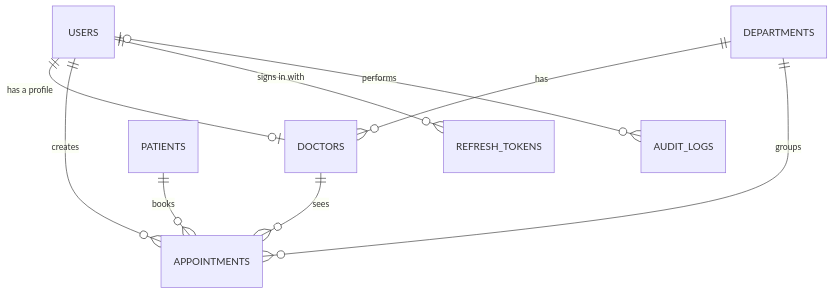
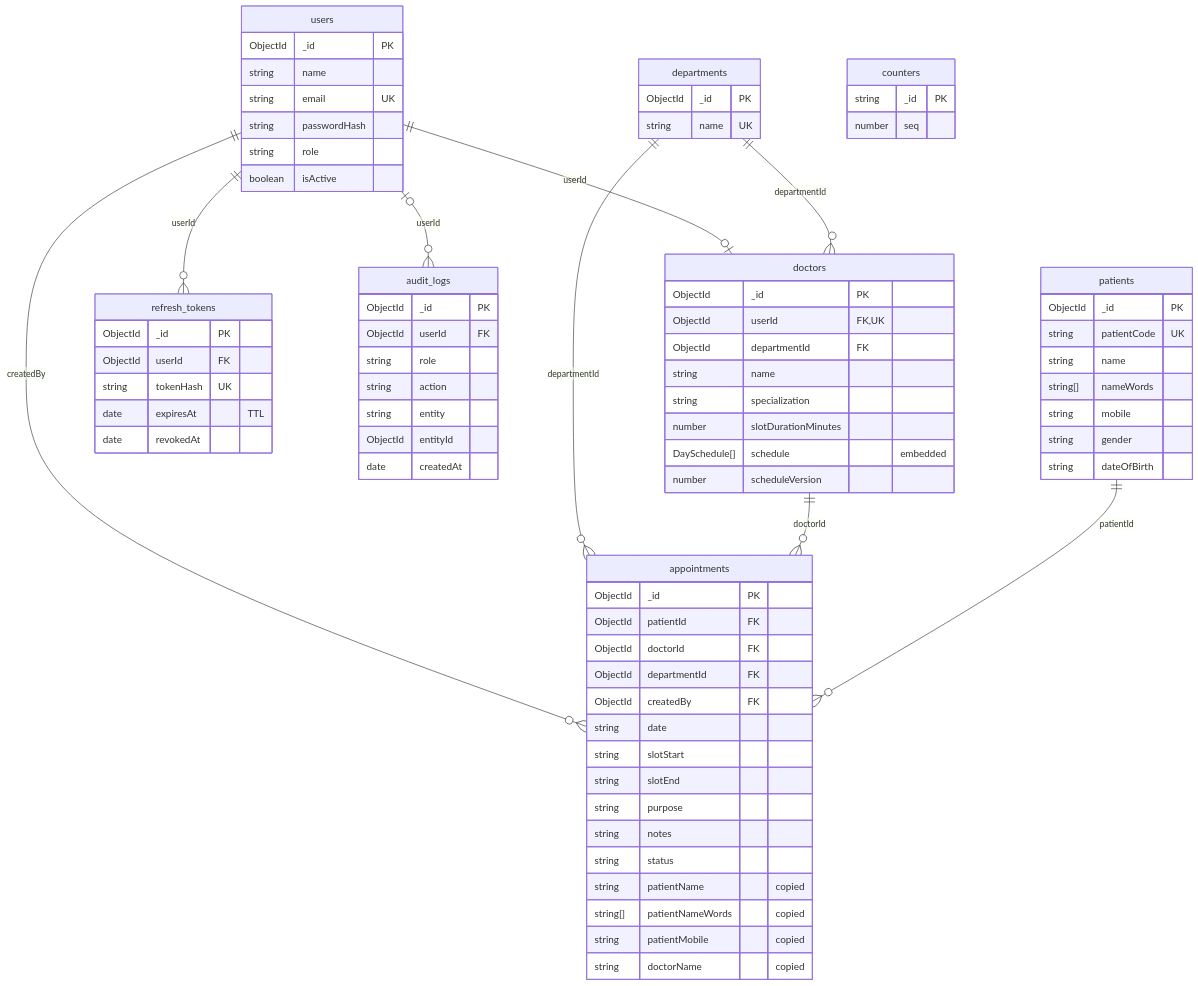
The second of 2 diagrams in README.md (JaySPatel2962/emr-appointment-management), drawn with Mermaid before and after one commit. The commit also changed other lines of this file and 1 other file, not shown here.

````diff
--- a/README.md
+++ b/README.md
@@ -269,11 +120,80 @@
 ```mermaid
 erDiagram
-    USERS ||--o| DOCTORS : "has a profile"
-    DEPARTMENTS ||--o{ DOCTORS : "has"
-    DOCTORS ||--o{ APPOINTMENTS : "sees"
-    PATIENTS ||--o{ APPOINTMENTS : "books"
-    DEPARTMENTS ||--o{ APPOINTMENTS : "groups"
-    USERS ||--o{ APPOINTMENTS : "creates"
-    USERS ||--o{ REFRESH_TOKENS : "signs in with"
-    USERS |o--o{ AUDIT_LOGS : "performs"
+    users ||--o| doctors : "userId"
+    users ||--o{ appointments : "createdBy"
+    users ||--o{ refresh_tokens : "userId"
+    users |o--o{ audit_logs : "userId"
+    departments ||--o{ doctors : "departmentId"
+    departments ||--o{ appointments : "departmentId"
+    doctors ||--o{ appointments : "doctorId"
+    patients ||--o{ appointments : "patientId"
+
+    users {
+        ObjectId _id PK
+        string name
+        string email UK
+        string passwordHash
+        string role
+        boolean isActive
+    }
+    departments {
+        ObjectId _id PK
+        string name UK
+    }
+    doctors {
+        ObjectId _id PK
+        ObjectId userId FK, UK
+        ObjectId departmentId FK
+        string name
+        string specialization
+        number slotDurationMinutes
+        DaySchedule[] schedule "embedded"
+        number scheduleVersion
+    }
+    patients {
+        ObjectId _id PK
+        string patientCode UK
+        string name
+        string[] nameWords
+        string mobile
+        string gender
+        string dateOfBirth
+    }
+    appointments {
+        ObjectId _id PK
+        ObjectId patientId FK
+        ObjectId doctorId FK
+        ObjectId departmentId FK
+        ObjectId createdBy FK
+        string date
+        string slotStart
+        string slotEnd
+        string purpose
+        string notes
+        string status
+        string patientName "copied"
+        string[] patientNameWords "copied"
+        string patientMobile "copied"
+        string doctorName "copied"
+    }
+    refresh_tokens {
+        ObjectId _id PK
+        ObjectId userId FK
+        string tokenHash UK
+        date expiresAt "TTL"
+        date revokedAt
+    }
+    audit_logs {
+        ObjectId _id PK
+        ObjectId userId FK
+        string role
+        string action
+        string entity
+        ObjectId entityId
+        date createdAt
+    }
+    counters {
+        string _id PK
+        number seq
+    }
 ```
````
